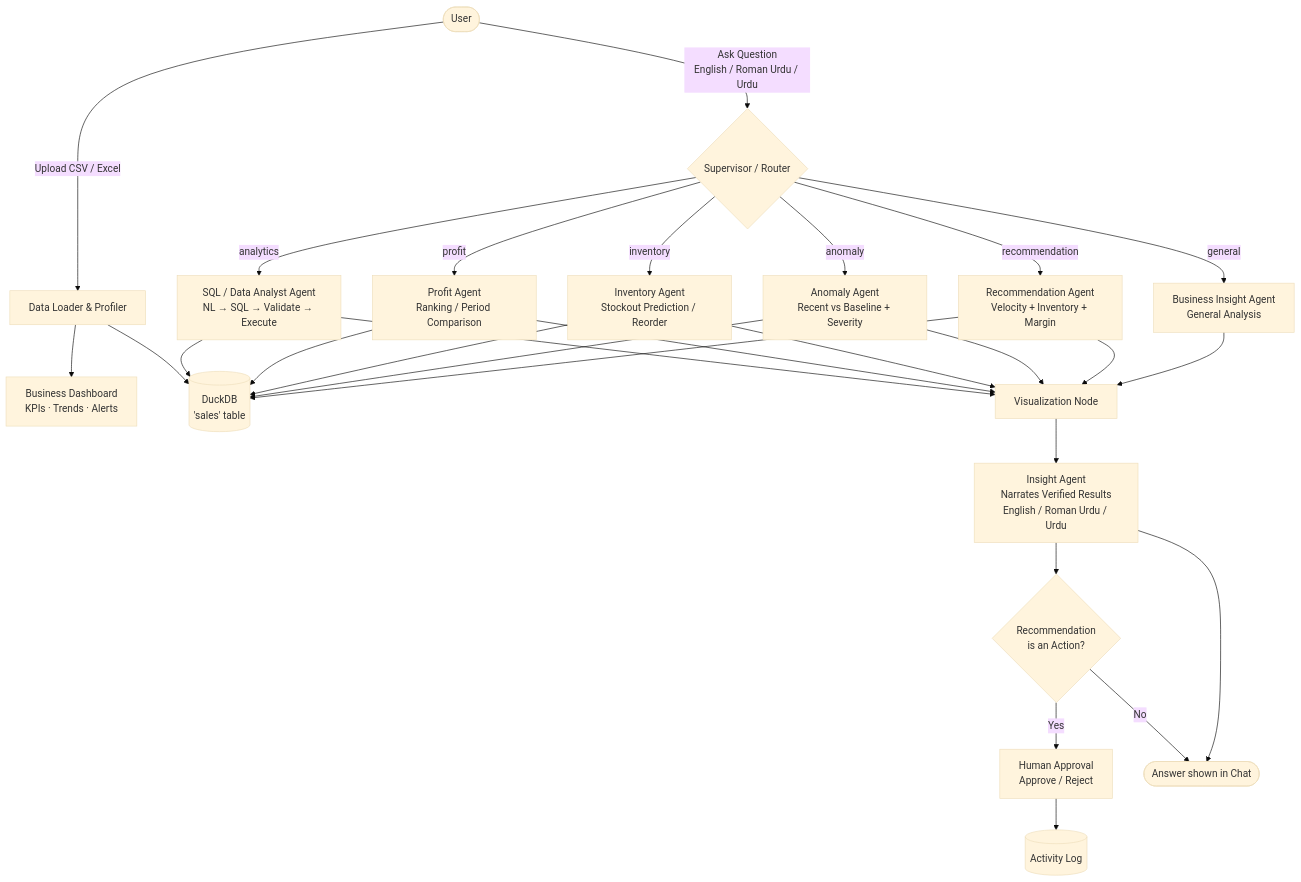
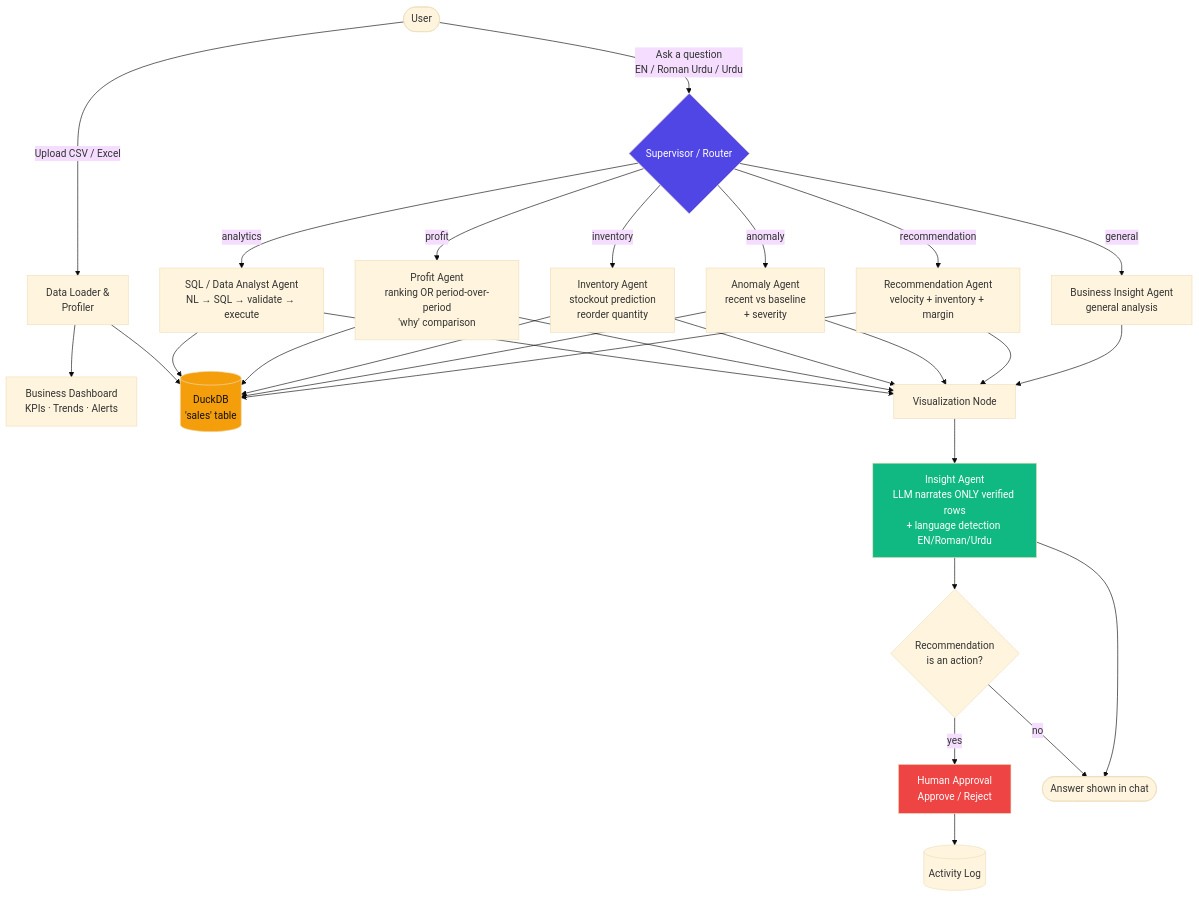
The diagram in README.md (rabia020/BazaarPilot), drawn with Mermaid (base theme) before and after one commit. The commit also changed other lines of this file, not shown here.

Commit message:
README with updated architecture

````diff
--- a/README.md
+++ b/README.md
@@ -269,48 +267,41 @@
 ```mermaid
 flowchart TD
-
-    U([User]) -->|Upload CSV / Excel| LOAD[Data Loader & Profiler]
-
+    U([User]) -->|Upload CSV / Excel| LOAD[Data Loader &<br/>Profiler]
     LOAD --> DASH[Business Dashboard<br/>KPIs · Trends · Alerts]
-
     LOAD --> DUCK[(DuckDB<br/>'sales' table)]
 
-    U -->|Ask Question<br/>English / Roman Urdu / Urdu| SUP{Supervisor / Router}
+    U -->|Ask a question<br/>EN / Roman Urdu / Urdu| SUP{Supervisor / Router}
 
-    SUP -->|analytics| SQL[SQL / Data Analyst Agent<br/>NL → SQL → Validate → Execute]
-
-    SUP -->|profit| PROFIT[Profit Agent<br/>Ranking / Period Comparison]
-
-    SUP -->|inventory| INV[Inventory Agent<br/>Stockout Prediction / Reorder]
-
-    SUP -->|anomaly| ANOM[Anomaly Agent<br/>Recent vs Baseline + Severity]
-
-    SUP -->|recommendation| REC[Recommendation Agent<br/>Velocity + Inventory + Margin]
-
-    SUP -->|general| GEN[Business Insight Agent<br/>General Analysis]
+    SUP -->|analytics| SQL[SQL / Data Analyst Agent<br/>NL → SQL → validate → execute]
+    SUP -->|profit| PROFIT[Profit Agent<br/>ranking OR period-over-period<br/>'why' comparison]
+    SUP -->|inventory| INV[Inventory Agent<br/>stockout prediction<br/>reorder quantity]
+    SUP -->|anomaly| ANOM[Anomaly Agent<br/>recent vs baseline<br/>+ severity]
+    SUP -->|recommendation| REC[Recommendation Agent<br/>velocity + inventory + margin]
+    SUP -->|general| GEN[Business Insight Agent<br/>general analysis]
 
     SQL --> DUCK
     PROFIT --> DUCK
     INV --> DUCK
     ANOM --> DUCK
     REC --> DUCK
 
     SQL --> VIZ[Visualization Node]
     PROFIT --> VIZ
     INV --> VIZ
     ANOM --> VIZ
     REC --> VIZ
     GEN --> VIZ
 
-    VIZ --> INSIGHT[Insight Agent<br/>Narrates Verified Results<br/>English / Roman Urdu / Urdu]
+    VIZ --> INSIGHT[Insight Agent<br/>LLM narrates ONLY verified rows<br/>+ language detection EN/Roman/Urdu]
 
-    INSIGHT --> REC_UI{Recommendation<br/>is an Action?}
+    INSIGHT --> REC_UI{Recommendation<br/>is an action?}
+    REC_UI -->|yes| APPROVAL[Human Approval<br/>Approve / Reject]
+    APPROVAL --> LOG[(Activity Log)]
+    REC_UI -->|no| ANSWER([Answer shown in chat])
+    INSIGHT --> ANSWER
 
-    REC_UI -->|Yes| APPROVAL[Human Approval<br/>Approve / Reject]
-
-    APPROVAL --> LOG[(Activity Log)]
-
-    REC_UI -->|No| ANSWER([Answer shown in Chat])
-
-    INSIGHT --> ANSWER
+    style SUP fill:#4f46e5,color:#fff
+    style DUCK fill:#f59e0b,color:#111
+    style INSIGHT fill:#10b981,color:#fff
+    style APPROVAL fill:#ef4444,color:#fff
 ```
````
